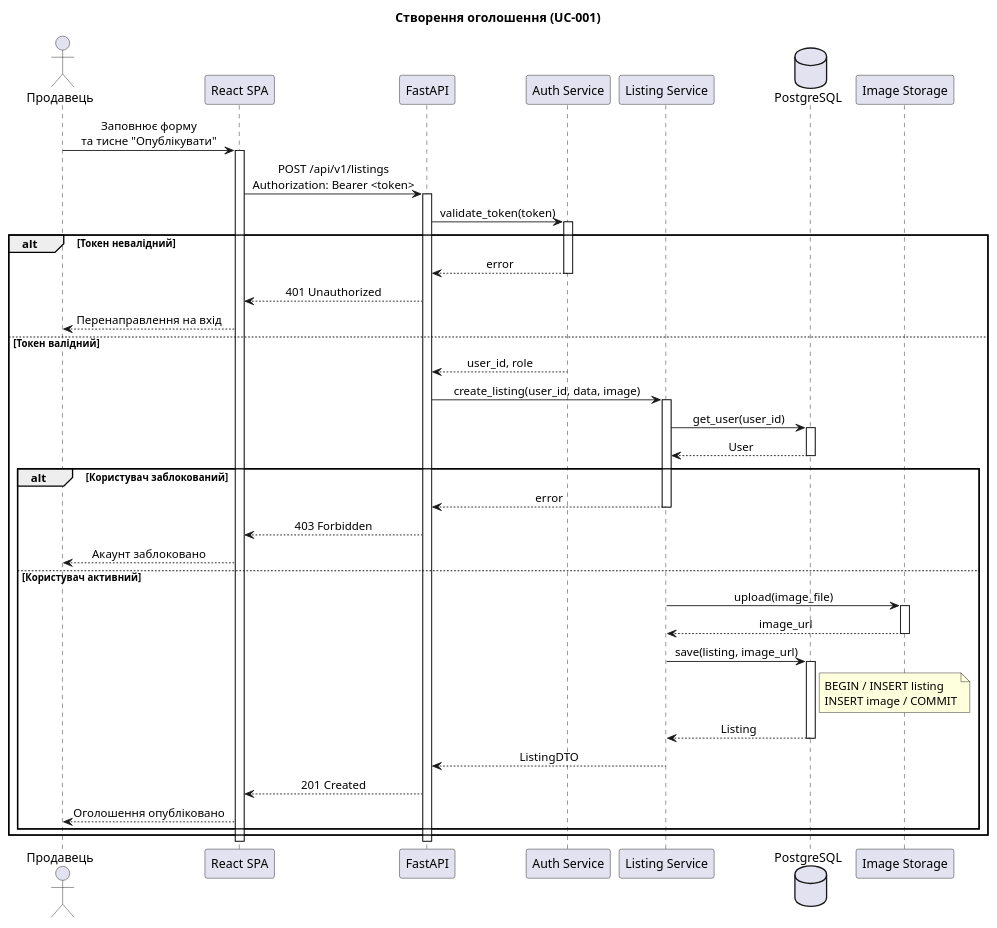
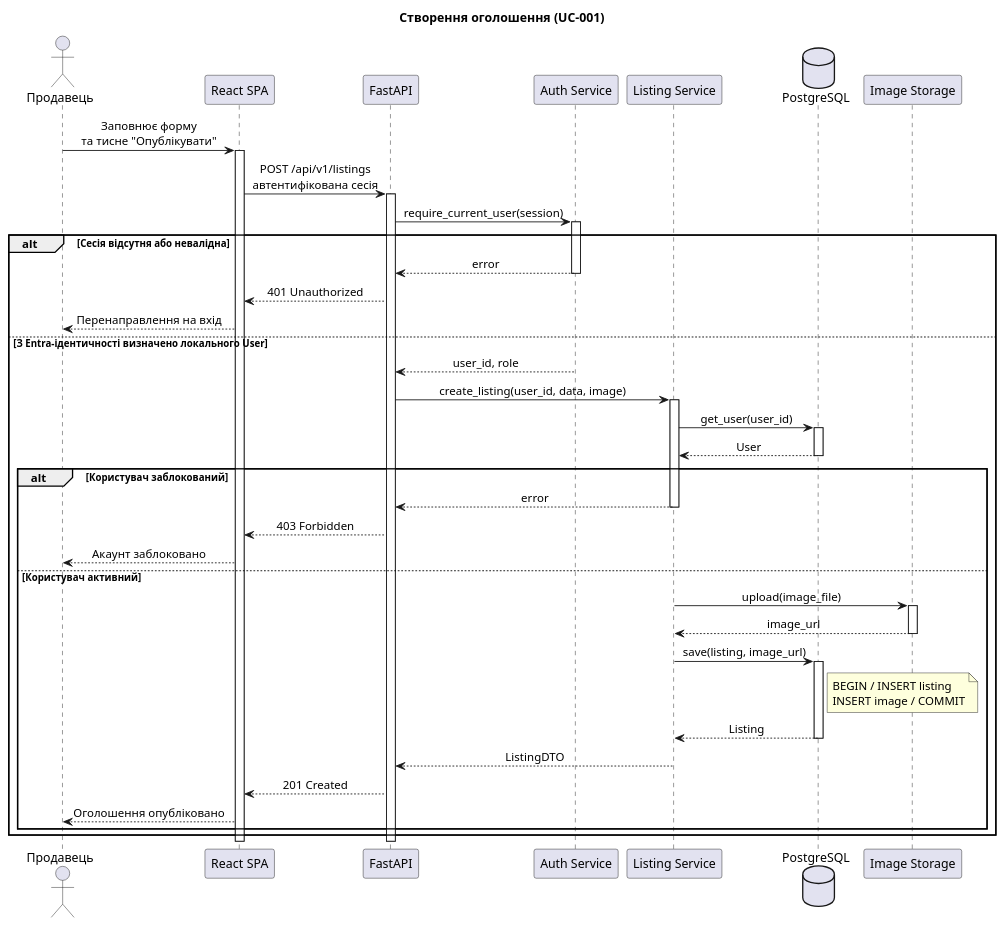
Before and after one commit to ukma-fin-ssdm-2026/Next-Gen: the diagram in docs/architecture/uml/sequence-create-listing.puml, drawn with PlantUML. The commit also changed 19 other files, not shown here.

First line of the commit message:
Update architecture for Entra ID auth

```diff
--- a/docs/architecture/uml/sequence-create-listing.puml
+++ b/docs/architecture/uml/sequence-create-listing.puml
@@ -1,70 +1,70 @@
 @startuml
 title Створення оголошення (UC-001)
 
 skinparam shadowing false
 skinparam sequenceMessageAlign center
 skinparam responseMessageBelowArrow true
 
 actor "Продавець" as User
 participant "React SPA" as SPA
 participant "FastAPI" as API
 participant "Auth Service" as Auth
 participant "Listing Service" as LS
 database "PostgreSQL" as DB
 participant "Image Storage" as IMG
 
 User -> SPA: Заповнює форму\nта тисне "Опублікувати"
 activate SPA
 
-SPA -> API: POST /api/v1/listings\nAuthorization: Bearer <token>
+SPA -> API: POST /api/v1/listings\nавтентифікована сесія
 activate API
 
-API -> Auth: validate_token(token)
+API -> Auth: require_current_user(session)
 activate Auth
 
-alt Токен невалідний
+alt Сесія відсутня або невалідна
     Auth --> API: error
     deactivate Auth
     API --> SPA: 401 Unauthorized
     SPA --> User: Перенаправлення на вхід
-else Токен валідний
+else З Entra-ідентичності визначено локального User
     Auth --> API: user_id, role
     deactivate Auth
 
     API -> LS: create_listing(user_id, data, image)
     activate LS
 
     LS -> DB: get_user(user_id)
     activate DB
     DB --> LS: User
     deactivate DB
 
     alt Користувач заблокований
         LS --> API: error
         deactivate LS
         API --> SPA: 403 Forbidden
         SPA --> User: Акаунт заблоковано
     else Користувач активний
         LS -> IMG: upload(image_file)
         activate IMG
         IMG --> LS: image_url
         deactivate IMG
 
         LS -> DB: save(listing, image_url)
         activate DB
         note right of DB: BEGIN / INSERT listing\nINSERT image / COMMIT
         DB --> LS: Listing
         deactivate DB
 
         LS --> API: ListingDTO
         deactivate LS
 
         API --> SPA: 201 Created
         SPA --> User: Оголошення опубліковано
     end
 end
 
 deactivate API
 deactivate SPA
 
 @enduml
```
